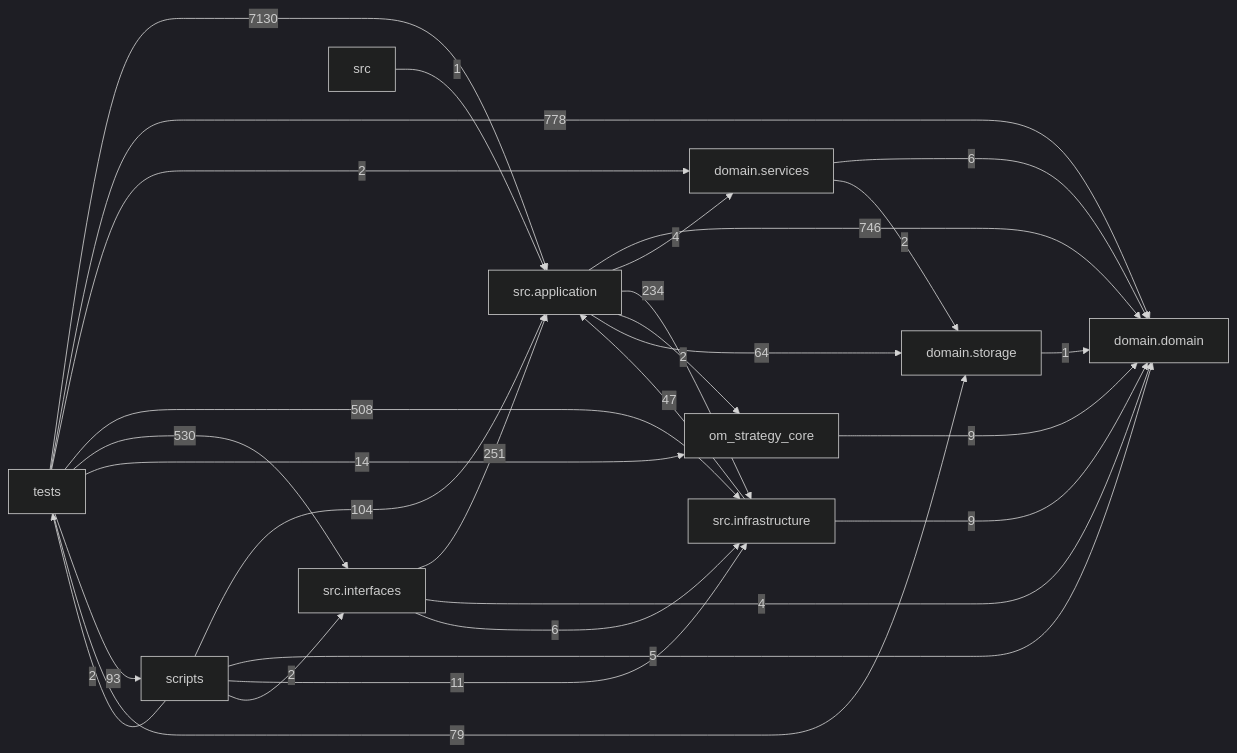
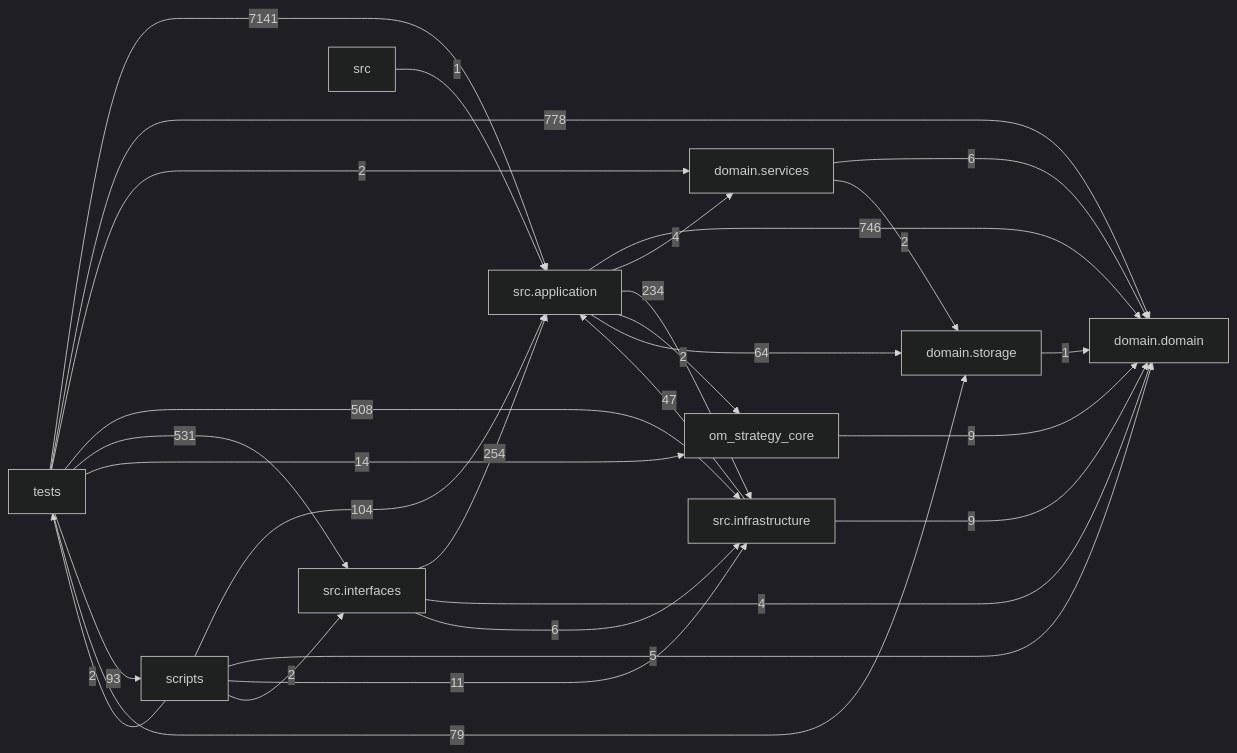
Before and after one commit to liuxie066/options-monitor: the diagram in docs/DEPENDENCY_GRAPH.md, drawn with Mermaid (dark theme). The commit also changed other lines of this file and 1 other file, not shown here.

Commit message:
docs(research): refresh retirement dependency graph

````diff
--- a/docs/DEPENDENCY_GRAPH.md
+++ b/docs/DEPENDENCY_GRAPH.md
@@ -24,39 +24,39 @@
 ```mermaid
 flowchart LR
   tests["tests"]
   scripts["scripts"]
   interfaces["src.interfaces"]
   application["src.application"]
   infrastructure["src.infrastructure"]
   domain_services["domain.services"]
   domain["domain.domain"]
   storage["domain.storage"]
   application -->|746| domain
   application -->|4| domain_services
   application -->|234| infrastructure
   application -->|2| om_strategy_core
   application -->|64| storage
   domain_services -->|6| domain
   domain_services -->|2| storage
   infrastructure -->|47| application
   infrastructure -->|9| domain
-  interfaces -->|251| application
+  interfaces -->|254| application
   interfaces -->|4| domain
   interfaces -->|6| infrastructure
   om_strategy_core -->|9| domain
   scripts -->|104| application
   scripts -->|5| domain
   scripts -->|11| infrastructure
   scripts -->|2| interfaces
   scripts -->|2| tests
   src -->|1| application
   storage -->|1| domain
-  tests -->|7130| application
+  tests -->|7141| application
   tests -->|778| domain
   tests -->|2| domain_services
   tests -->|508| infrastructure
-  tests -->|530| interfaces
+  tests -->|531| interfaces
   tests -->|14| om_strategy_core
   tests -->|93| scripts
   tests -->|79| storage
 ```
````
